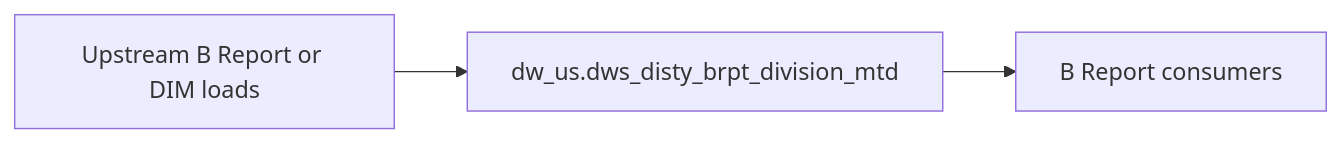
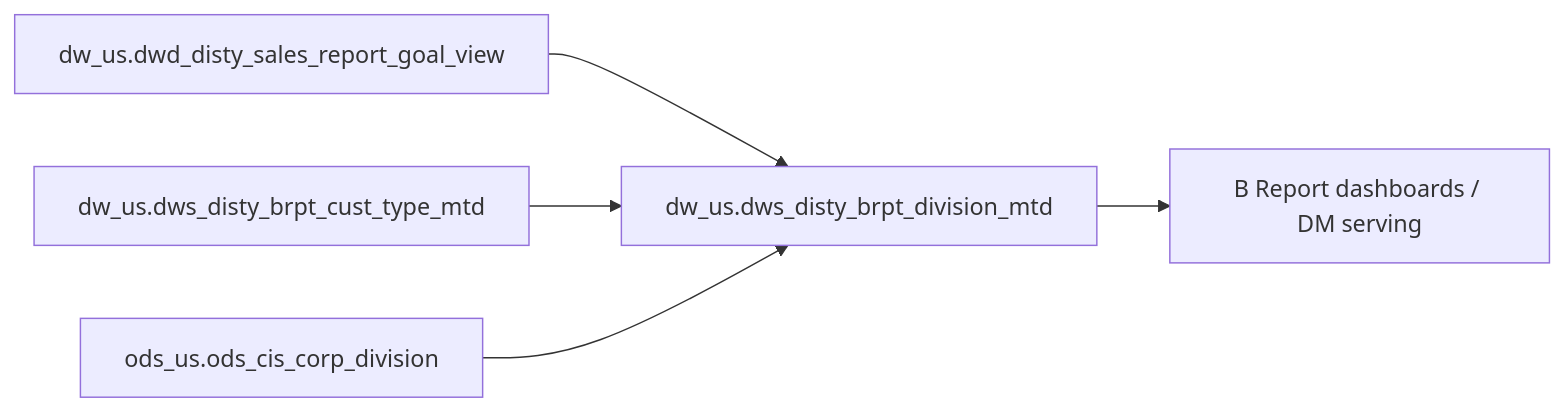
One commit to chengduhaha/data_agent changed the diagram in backend/defaults/b_report/workspace/target/knowledgebase/b-report-us/dws_disty_brpt_division_mtd.md. Above: the diagram before and after it, drawn with Mermaid. The commit also changed other lines of this file and 1108 other files, not shown here.

````diff
--- a/backend/defaults/b_report/workspace/target/knowledgebase/b-report-us/dws_disty_brpt_division_mtd.md
+++ b/backend/defaults/b_report/workspace/target/knowledgebase/b-report-us/dws_disty_brpt_division_mtd.md
@@ -143,8 +305,12 @@
 ```mermaid
 flowchart LR
-  upstream[Upstream B Report or DIM loads]
-  tgt["dw_us.dws_disty_brpt_division_mtd"]
-  brpt[B Report consumers]
-  upstream --> tgt
-  tgt --> brpt
+  dw_us_dws_disty_brpt_division_mtd["dw_us.dws_disty_brpt_division_mtd"]
+  src0["dw_us.dwd_disty_sales_report_goal_view"]
+  src0 --> dw_us_dws_disty_brpt_division_mtd
+  src1["dw_us.dws_disty_brpt_cust_type_mtd"]
+  src1 --> dw_us_dws_disty_brpt_division_mtd
+  src2["ods_us.ods_cis_corp_division"]
+  src2 --> dw_us_dws_disty_brpt_division_mtd
+  consumers["B Report dashboards / DM serving"]
+  dw_us_dws_disty_brpt_division_mtd --> consumers
 ```
````
